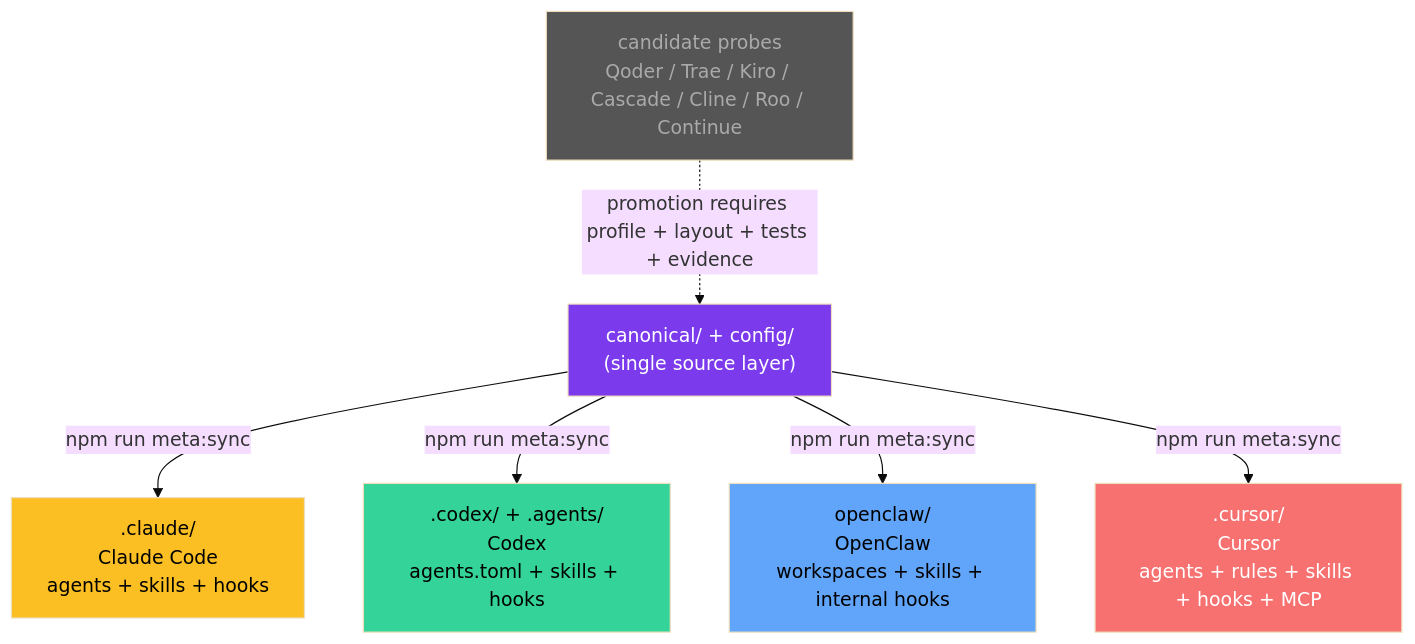
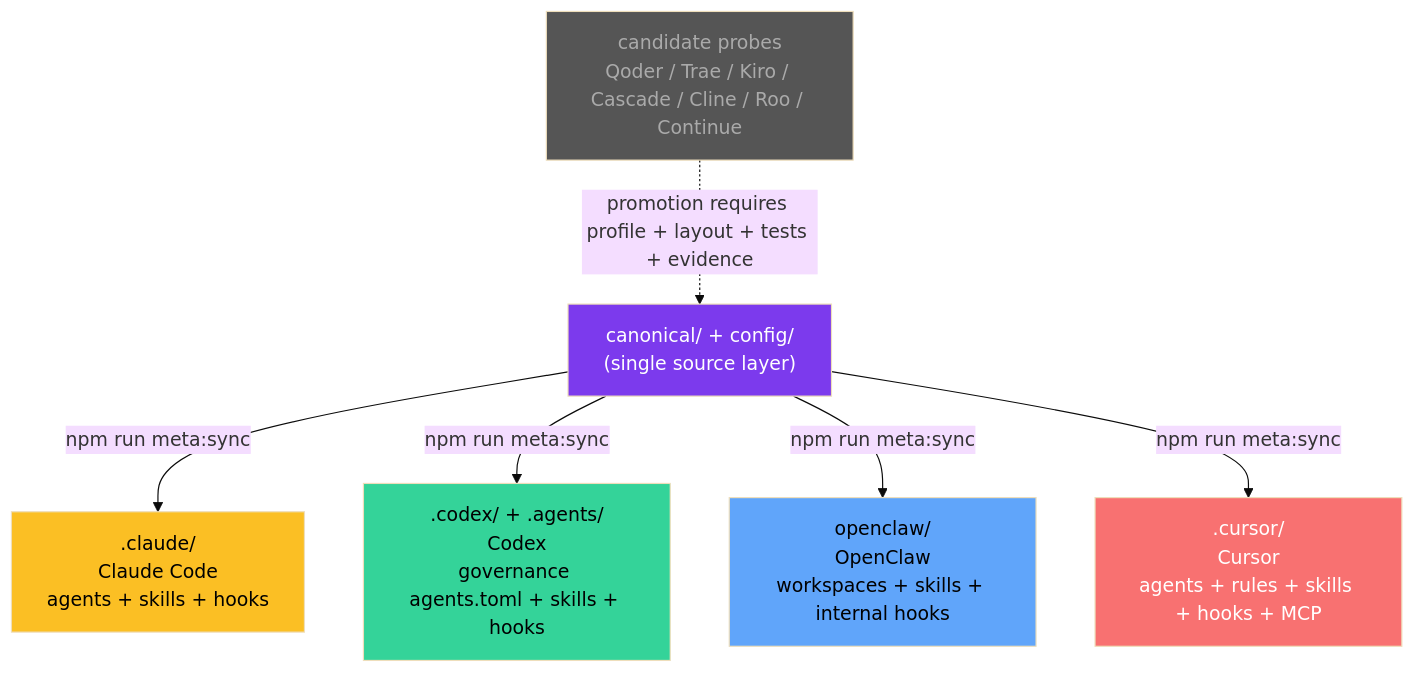
Before and after one commit to ceo1st/Meta_Kim: the eighth of 9 diagrams in README.md, drawn with Mermaid (base theme). The commit also changed other lines of this file and 7 other files, not shown here.

Commit message:
fix: stop projecting codex execution agents

````diff
--- a/README.md
+++ b/README.md
@@ -566,18 +566,18 @@
 ```mermaid
 flowchart TB
     CANONICAL["canonical/ + config/<br/>(single source layer)"]
 
     CANONICAL --> |npm run meta:sync| CLAUDE[".claude/<br/>Claude Code<br/>agents + skills + hooks"]
-    CANONICAL --> |npm run meta:sync| CODEX[".codex/ + .agents/<br/>Codex<br/>agents.toml + skills + hooks"]
+    CANONICAL --> |npm run meta:sync| CODEX[".codex/ + .agents/<br/>Codex<br/>governance agents.toml + skills + hooks"]
     CANONICAL --> |npm run meta:sync| OPENCLAW["openclaw/<br/>OpenClaw<br/>workspaces + skills + internal hooks"]
     CANONICAL --> |npm run meta:sync| CURSOR[".cursor/<br/>Cursor<br/>agents + rules + skills + hooks + MCP"]
 
     CANDIDATE["candidate probes<br/>Qoder / Trae / Kiro / Cascade / Cline / Roo / Continue"] -.-> |promotion requires profile + layout + tests + evidence| CANONICAL
 
     style CANONICAL fill:#7c3aed,color:#fff
     style CLAUDE fill:#fbbf24,color:#000
     style CODEX fill:#34d399,color:#000
     style OPENCLAW fill:#60a5fa,color:#000
     style CURSOR fill:#f87171,color:#fff
     style CANDIDATE fill:#555,color:#aaa
 ```
````
